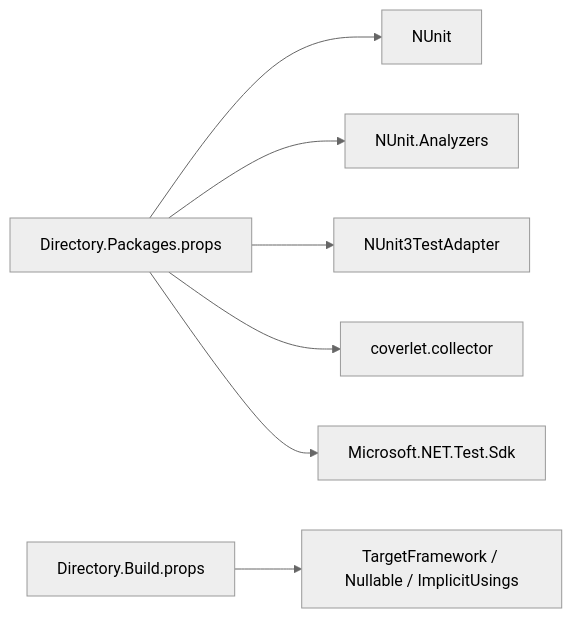
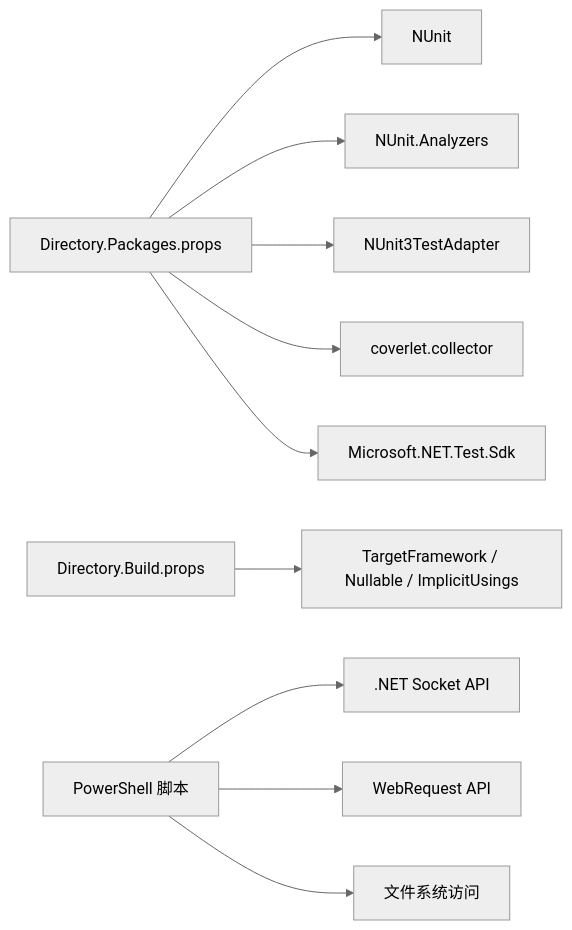
Before and after one commit to tea4go/Macro-Deck: the eighth of 8 diagrams in .qoder/repowiki/zh/content/测试框架.md, drawn with Mermaid (neutral theme). The commit also changed other lines of this file and 28 other files, not shown here.

````diff
--- a/.qoder/repowiki/zh/content/测试框架.md
+++ b/.qoder/repowiki/zh/content/测试框架.md
@@ -226,9 +326,12 @@
 ```mermaid
 graph LR
 DP["Directory.Packages.props"] --> NUnit["NUnit"]
 DP --> Analyzer["NUnit.Analyzers"]
 DP --> Adapter["NUnit3TestAdapter"]
 DP --> Coverlet["coverlet.collector"]
 DP --> TestSdk["Microsoft.NET.Test.Sdk"]
 DB["Directory.Build.props"] --> Target["TargetFramework / Nullable / ImplicitUsings"]
+PS["PowerShell 脚本"] --> NetSock[".NET Socket API"]
+PS --> WebReq["WebRequest API"]
+PS --> FileSystem["文件系统访问"]
 ```
````
